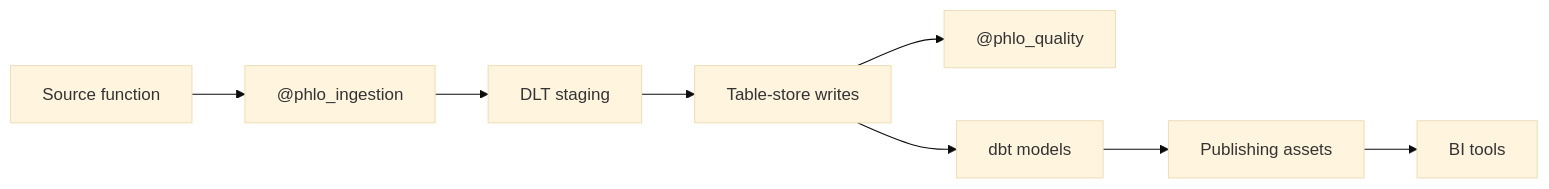
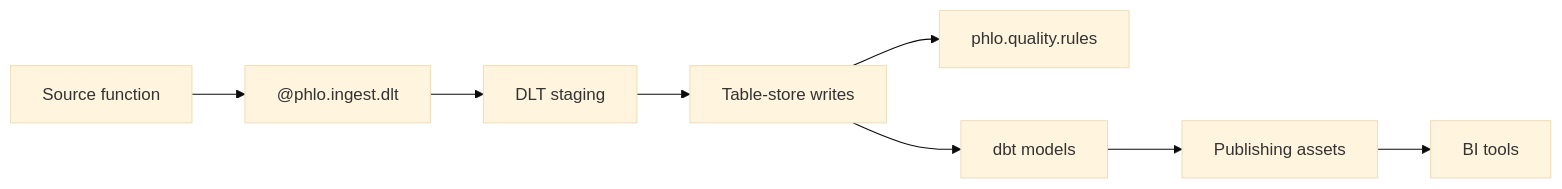
One commit to phlohouse/website changed the diagram in web-next/content/phlo-docs/guides/developer-guide.mdx. Above: the diagram before and after it, drawn with Mermaid (base theme). The commit also changed other lines of this file and 39 other files, not shown here.

````diff
--- a/web-next/content/phlo-docs/guides/developer-guide.mdx
+++ b/web-next/content/phlo-docs/guides/developer-guide.mdx
@@ -16,14 +16,14 @@
 ```mermaid
 flowchart LR
     source[Source function]
-    ingestion["@phlo_ingestion"]
+    ingestion["@phlo.ingest.dlt"]
     staging[DLT staging]
     tables[Table-store writes]
-    quality["@phlo_quality"]
+    quality["phlo.quality.rules"]
     dbt[dbt models]
     publish[Publishing assets]
     bi[BI tools]
 
     source --> ingestion --> staging --> tables --> dbt --> publish --> bi
     tables --> quality
 ```
````
